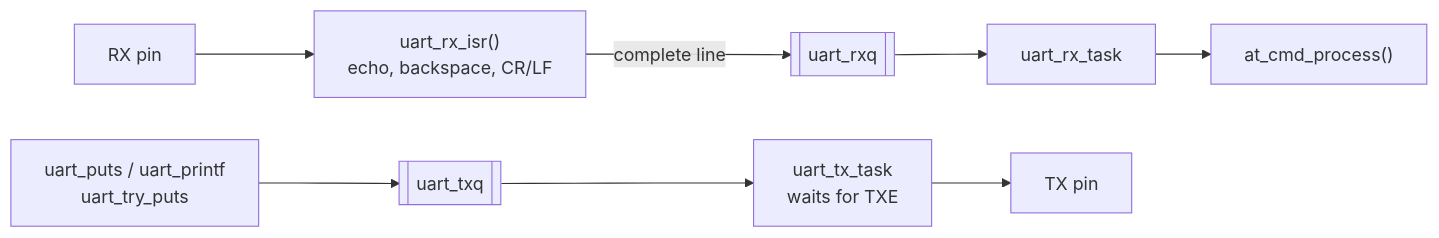
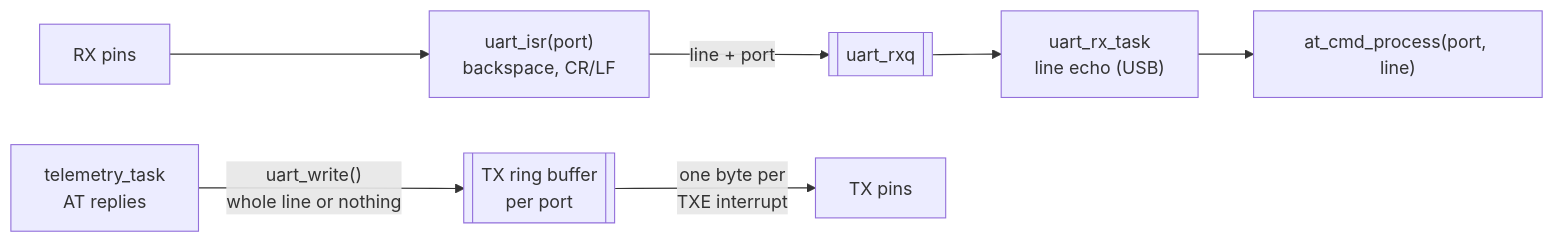
Before and after one commit to machadothi/balancing_robot: the fourth of 4 diagrams in docs/04-drivers-and-board-layer.md, drawn with Mermaid. The commit also changed other lines of this file and 30 other files, not shown here.

````diff
--- a/docs/04-drivers-and-board-layer.md
+++ b/docs/04-drivers-and-board-layer.md
@@ -138,10 +145,9 @@
 ```mermaid
 flowchart LR
-    RXPIN["RX pin"] --> ISR["uart_rx_isr()<br/>echo, backspace, CR/LF"]
-    ISR -->|"complete line"| RXQ[["uart_rxq"]]
-    RXQ --> RXT["uart_rx_task"]
-    RXT --> CB["at_cmd_process()"]
-    TASKS["uart_puts / uart_printf<br/>uart_try_puts"] --> TXQ[["uart_txq"]]
-    TXQ --> TXT["uart_tx_task<br/>waits for TXE"]
-    TXT --> TXPIN["TX pin"]
+    RXPIN["RX pins"] --> ISR["uart_isr(port)<br/>backspace, CR/LF"]
+    ISR -->|"line + port"| RXQ[["uart_rxq"]]
+    RXQ --> RXT["uart_rx_task<br/>line echo (USB)"]
+    RXT --> CB["at_cmd_process(port, line)"]
+    WRITERS["telemetry_task<br/>AT replies"] -->|"uart_write()<br/>whole line or nothing"| RING[["TX ring buffer<br/>per port"]]
+    RING -->|"one byte per<br/>TXE interrupt"| TXPIN["TX pins"]
 ```
````
